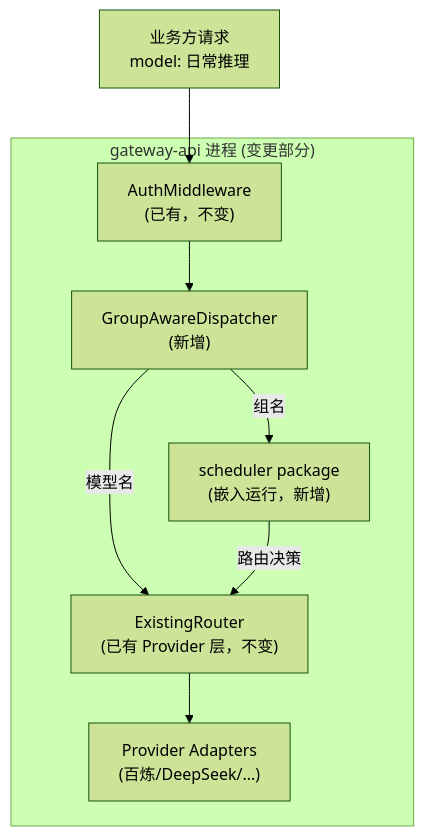
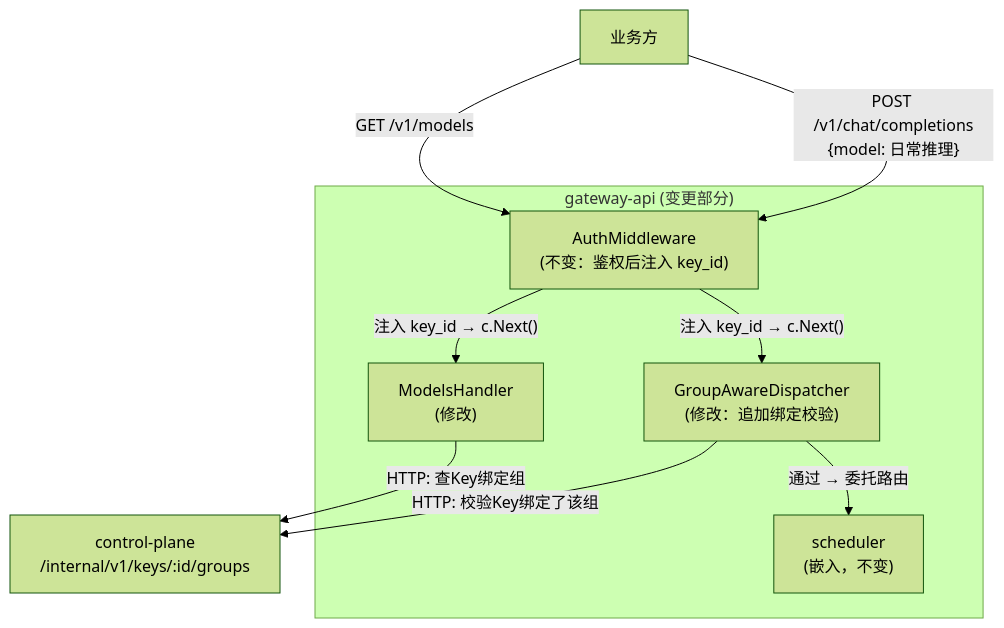
The first of 3 diagrams in xspec/changes/gateway-api/hld.delta.md (achieve-jsy/llm-gateway), drawn with Mermaid (forest theme) before and after one commit. The commit also changed other lines of this file and 134 other files, not shown here.

First line of the commit message:
feat(api-key): 添加API密钥与模型组绑定功能

````diff
--- a/xspec/changes/gateway-api/hld.delta.md
+++ b/xspec/changes/gateway-api/hld.delta.md
@@ -11,17 +11,19 @@
 ```mermaid
 flowchart TD
-    subgraph GW["gateway-api 进程 (变更部分)"]
-        MID["AuthMiddleware<br/>(已有，不变)"]
-        GD["GroupAwareDispatcher<br/>(新增)"]
-        SCH["scheduler package<br/>(嵌入运行，新增)"]
-        EX["ExistingRouter<br/>(已有 Provider 层，不变)"]
-
-        MID --> GD
-        GD -->|组名| SCH
-        GD -->|模型名| EX
-        SCH -->|路由决策| EX
-        EX --> PV["Provider Adapters<br/>(百炼/DeepSeek/...)"]
+    subgraph GW["gateway-api (变更部分)"]
+        AuthMW["AuthMiddleware<br/>(不变：鉴权后注入 key_id)"]
+        ModelsH["ModelsHandler<br/>(修改)"]
+        GD["GroupAwareDispatcher<br/>(修改：追加绑定校验)"]
+        SCH["scheduler<br/>(嵌入，不变)"]
     end
 
-    REQ["业务方请求<br/>model: 日常推理"] --> MID
+    CP["control-plane<br/>/internal/v1/keys/:id/groups"]
+
+    REQ["业务方"] -->|"GET /v1/models"| AuthMW
+    REQ -->|"POST /v1/chat/completions\n{model: 日常推理}"| AuthMW
+    AuthMW -->|"注入 key_id → c.Next()"| ModelsH
+    AuthMW -->|"注入 key_id → c.Next()"| GD
+    ModelsH -->|"HTTP: 查Key绑定组"| CP
+    GD -->|"HTTP: 校验Key绑定了该组"| CP
+    GD -->|"通过 → 委托路由"| SCH
 ```
````
